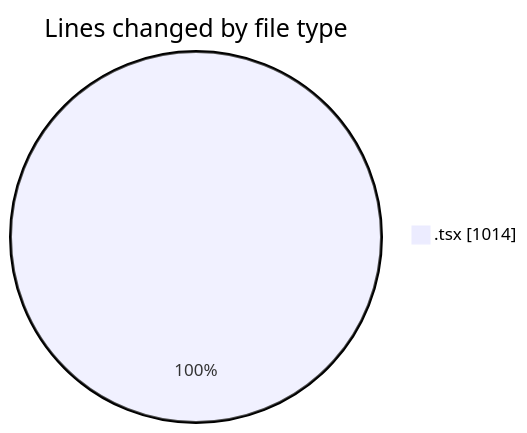
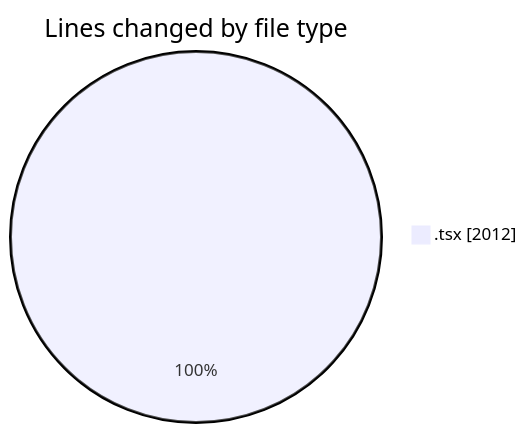
The first of 2 diagrams in 2026-03-31/nxtqube_webapp/README.md (nxtqubesakshisongat/code-tracking), drawn with Mermaid before and after one commit. The commit also changed other lines of this file and 1 other file, not shown here.

````diff
--- a/2026-03-31/nxtqube_webapp/README.md
+++ b/2026-03-31/nxtqube_webapp/README.md
@@ -21,5 +22,5 @@
 ```mermaid
 pie showData
 title Lines changed by file type
-".tsx" : 1014
+".tsx" : 2012
 ```
````
